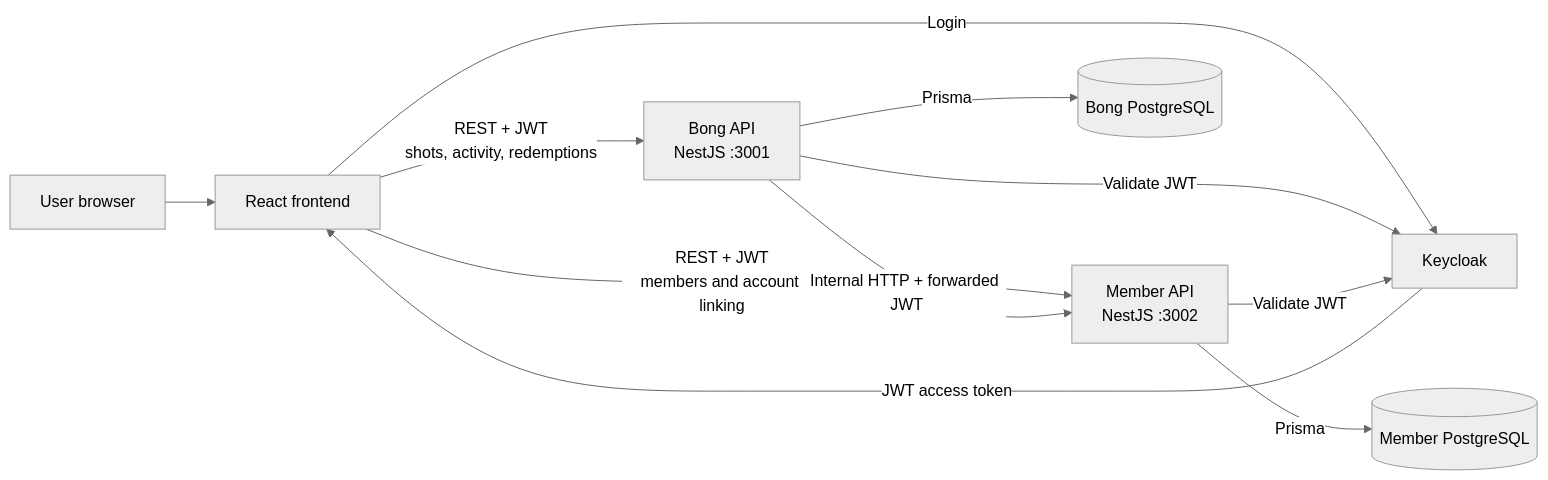
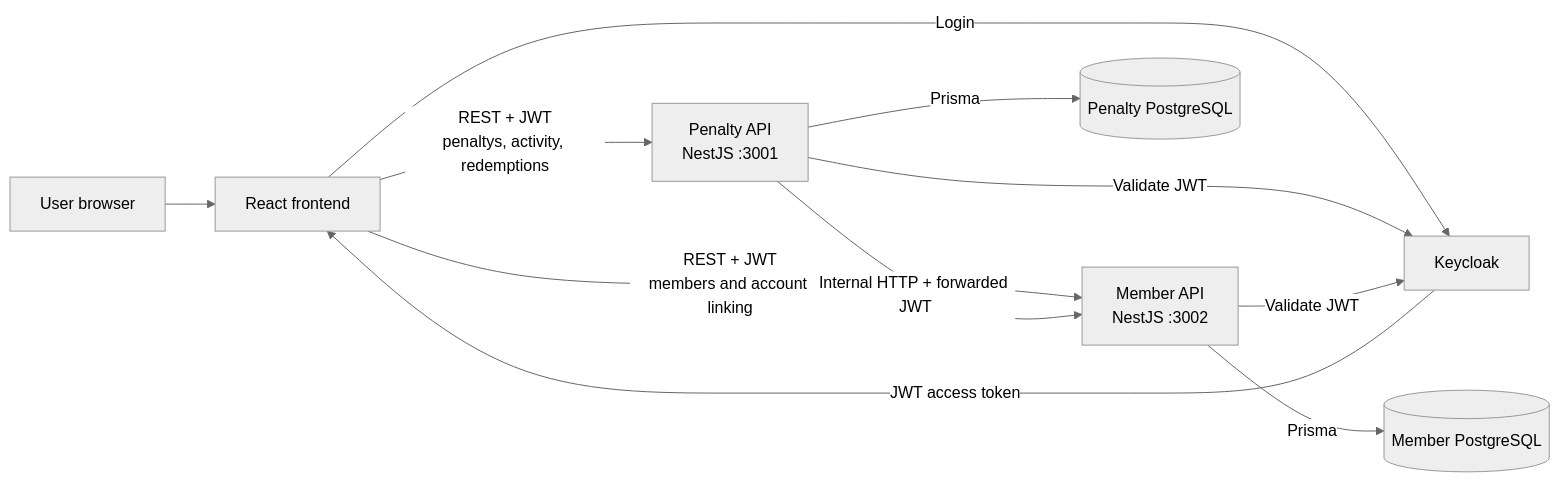
One commit to Kebertr/valhall changed the first of 7 diagrams in Service-architecture.md. Above: the diagram before and after it, drawn with Mermaid (neutral theme). The commit also changed other lines of this file and 7 other files, not shown here.

````diff
--- a/Service-architecture.md
+++ b/Service-architecture.md
@@ -7,25 +7,25 @@
 ```mermaid
 flowchart LR
     User[User browser]
     Frontend[React frontend]
     Keycloak[Keycloak]
-    BongAPI[Bong API<br/>NestJS :3001]
+    PenaltyAPI[Penalty API<br/>NestJS :3001]
     MemberAPI[Member API<br/>NestJS :3002]
-    BongDB[(Bong PostgreSQL)]
+    PenaltyDB[(Penalty PostgreSQL)]
     MemberDB[(Member PostgreSQL)]
 
     User --> Frontend
     Frontend -->|Login| Keycloak
     Keycloak -->|JWT access token| Frontend
 
-    Frontend -->|REST + JWT<br/>shots, activity, redemptions| BongAPI
+    Frontend -->|REST + JWT<br/>penaltys, activity, redemptions| PenaltyAPI
     Frontend -->|REST + JWT<br/>members and account linking| MemberAPI
 
-    BongAPI -->|Internal HTTP + forwarded JWT| MemberAPI
+    PenaltyAPI -->|Internal HTTP + forwarded JWT| MemberAPI
 
-    BongAPI -->|Prisma| BongDB
+    PenaltyAPI -->|Prisma| PenaltyDB
     MemberAPI -->|Prisma| MemberDB
 
-    BongAPI -->|Validate JWT| Keycloak
+    PenaltyAPI -->|Validate JWT| Keycloak
     MemberAPI -->|Validate JWT| Keycloak
 ```
````
